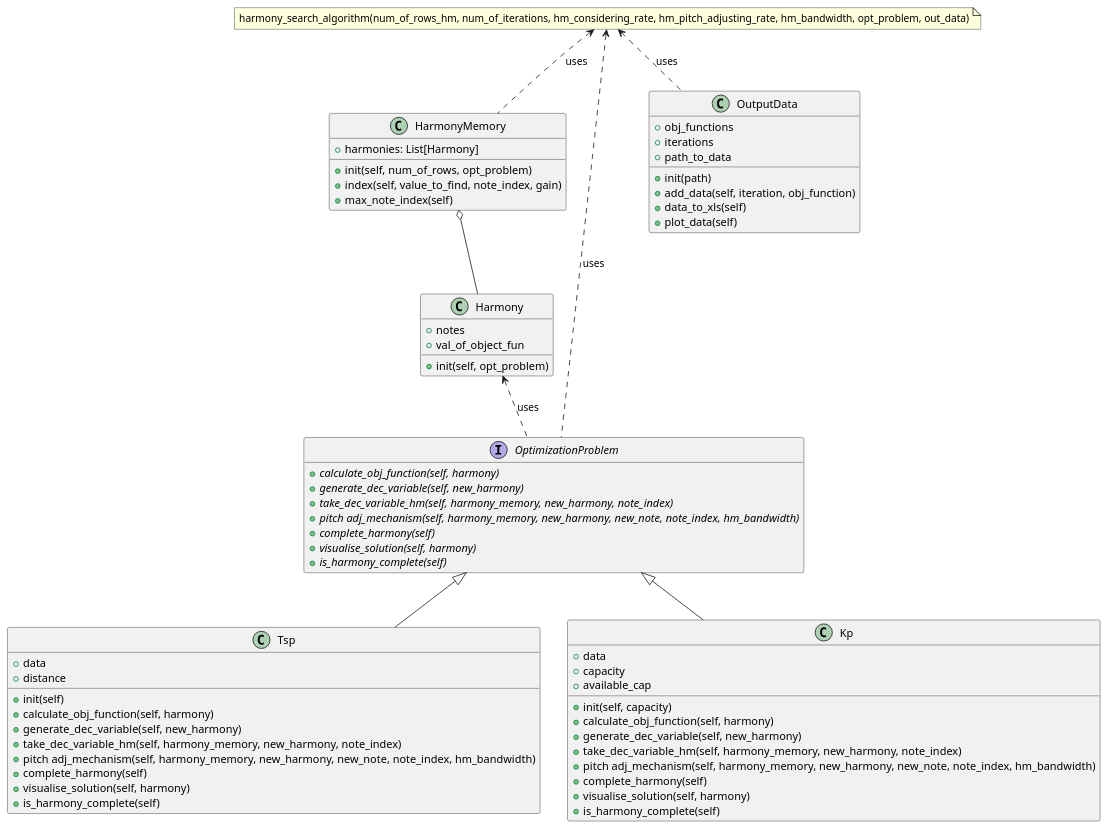
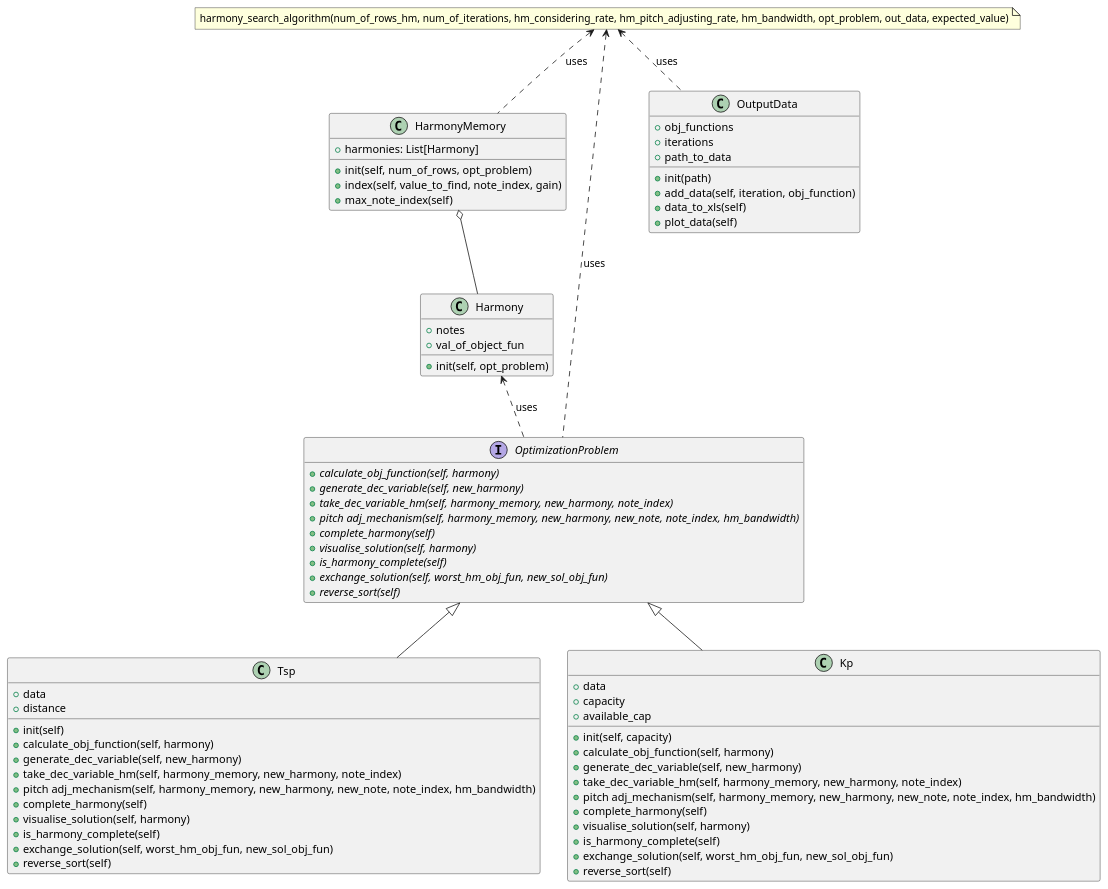
Before and after one commit to ar-kaleta/HarmonySearchAlgorithm: the diagram in ClassDiagram.puml, drawn with PlantUML. The commit also changed 8 other files, not shown here.

```diff
--- a/ClassDiagram.puml
+++ b/ClassDiagram.puml
@@ -1,72 +1,79 @@
 @startuml
 
 hide empty members
 
 class Harmony{
     + notes
     + val_of_object_fun
     + init(self, opt_problem)
 }
 class HarmonyMemory{
     + harmonies: List[Harmony]
     + init(self, num_of_rows, opt_problem)
     + index(self, value_to_find, note_index, gain)
     + max_note_index(self)
 }
 class Tsp{
     + data
     + distance
     + init(self)
     + calculate_obj_function(self, harmony)
     + generate_dec_variable(self, new_harmony)
     + take_dec_variable_hm(self, harmony_memory, new_harmony, note_index)
     + pitch adj_mechanism(self, harmony_memory, new_harmony, new_note, note_index, hm_bandwidth)
     + complete_harmony(self)
     + visualise_solution(self, harmony)
     + is_harmony_complete(self)
+    + exchange_solution(self, worst_hm_obj_fun, new_sol_obj_fun)
+    + reverse_sort(self)
 }
 class Kp{
     + data
     + capacity
     + available_cap
     + init(self, capacity)
     + calculate_obj_function(self, harmony)
     + generate_dec_variable(self, new_harmony)
     + take_dec_variable_hm(self, harmony_memory, new_harmony, note_index)
     + pitch adj_mechanism(self, harmony_memory, new_harmony, new_note, note_index, hm_bandwidth)
     + complete_harmony(self)
     + visualise_solution(self, harmony)
     + is_harmony_complete(self)
+    + exchange_solution(self, worst_hm_obj_fun, new_sol_obj_fun)
+    + reverse_sort(self)
 }
 interface OptimizationProblem{
     {abstract} + calculate_obj_function(self, harmony)
     {abstract} + generate_dec_variable(self, new_harmony)
     {abstract} + take_dec_variable_hm(self, harmony_memory, new_harmony, note_index)
     {abstract} + pitch adj_mechanism(self, harmony_memory, new_harmony, new_note, note_index, hm_bandwidth)
     {abstract} + complete_harmony(self)
     {abstract} + visualise_solution(self, harmony)
     {abstract} + is_harmony_complete(self)
+    {abstract} + exchange_solution(self, worst_hm_obj_fun, new_sol_obj_fun)
+    {abstract} + reverse_sort(self)
+
 }
 class OutputData{
     + obj_functions
     + iterations
     + path_to_data
 
     + init(path)
     + add_data(self, iteration, obj_function)
     + data_to_xls(self)
     + plot_data(self)
 
 }
 
 OptimizationProblem <|-- Tsp
 OptimizationProblem <|-- Kp
 HarmonyMemory o-- Harmony
 Harmony <.. OptimizationProblem : uses
 
-note "harmony_search_algorithm(num_of_rows_hm, num_of_iterations, hm_considering_rate, hm_pitch_adjusting_rate, hm_bandwidth, opt_problem, out_data)" as alg
+note "harmony_search_algorithm(num_of_rows_hm, num_of_iterations, hm_considering_rate, hm_pitch_adjusting_rate, hm_bandwidth, opt_problem, out_data, expected_value)" as alg
 alg <.. OptimizationProblem : uses
 alg <.. HarmonyMemory : uses
 alg <.. OutputData : uses
 
 @enduml
```
